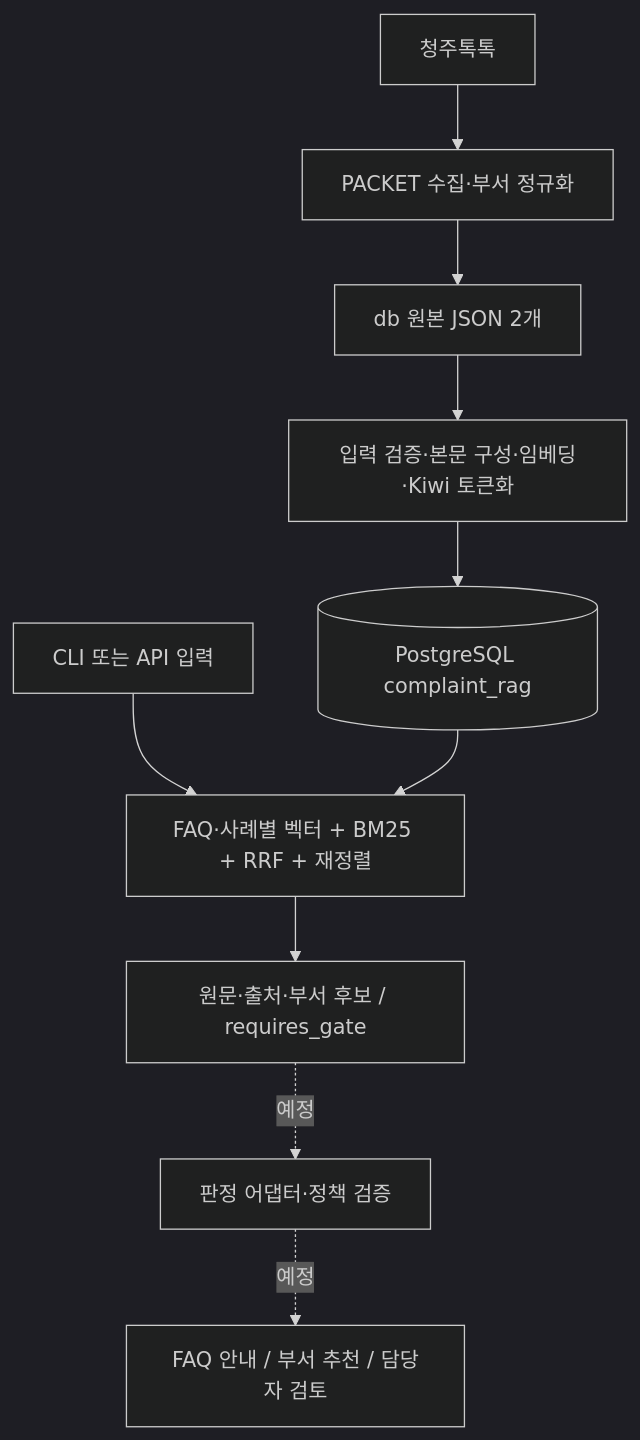
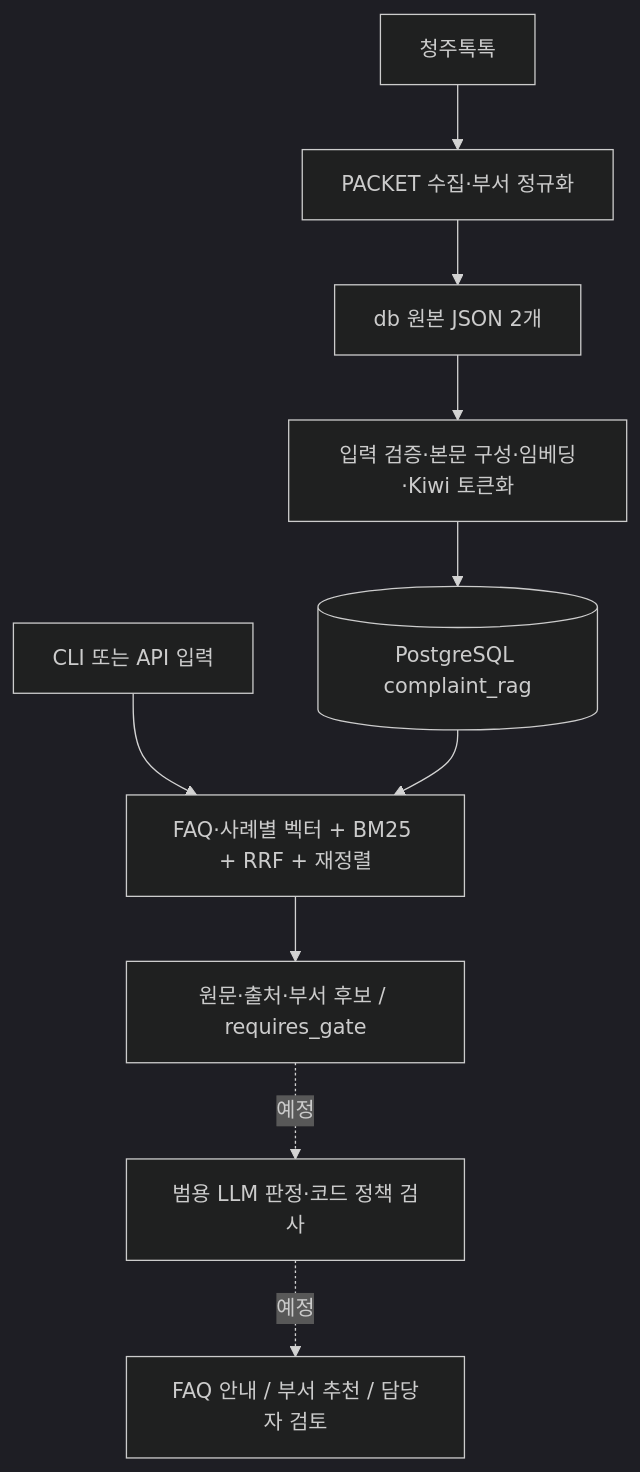
One commit to hy040504/ai-complaint-process changed the diagram in docs/harness/architecture.md. Above: the diagram before and after it, drawn with Mermaid (dark theme). The commit also changed other lines of this file and 14 other files, not shown here.

````diff
--- a/docs/harness/architecture.md
+++ b/docs/harness/architecture.md
@@ -7,12 +7,12 @@
 ```mermaid
 flowchart TD
     S[청주톡톡] --> C[PACKET 수집·부서 정규화]
     C --> J[db 원본 JSON 2개]
     J --> I[입력 검증·본문 구성·임베딩·Kiwi 토큰화]
     I --> P[(PostgreSQL complaint_rag)]
     Q[CLI 또는 API 입력] --> R[FAQ·사례별 벡터 + BM25 + RRF + 재정렬]
     P --> R
     R --> E[원문·출처·부서 후보 / requires_gate]
-    E -. 예정 .-> G[판정 어댑터·정책 검증]
+    E -. 예정 .-> G[범용 LLM 판정·코드 정책 검사]
     G -. 예정 .-> O[FAQ 안내 / 부서 추천 / 담당자 검토]
 ```
````
